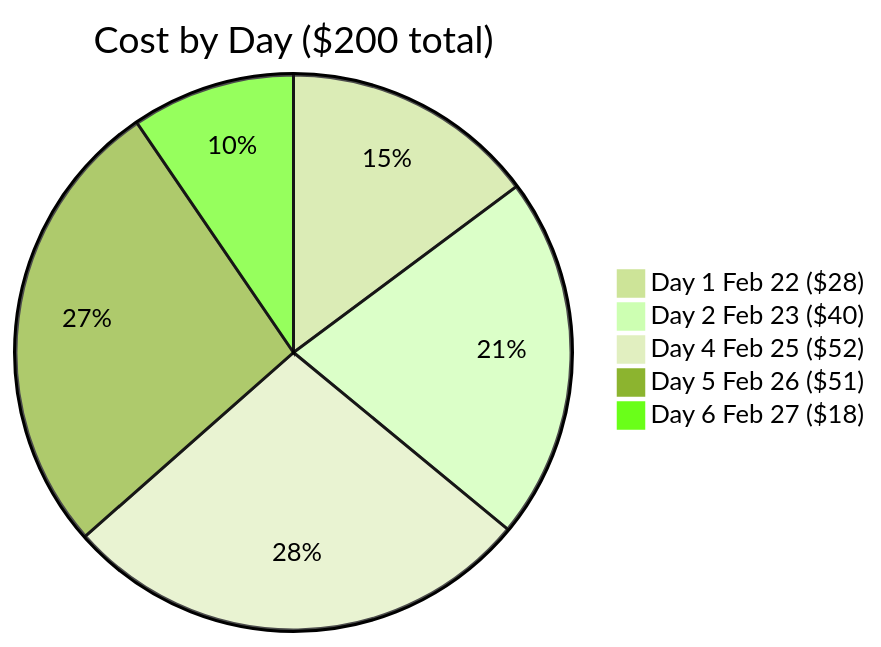
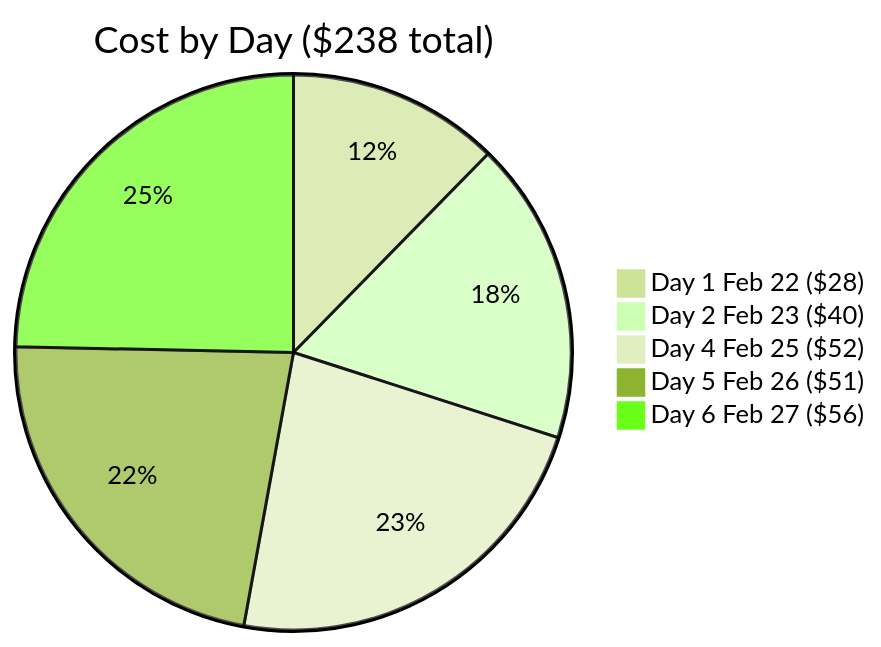
The fourth of 7 diagrams in README.md (atlantdak/claude-code-hackathon-xbo-market-kit), drawn with Mermaid (forest theme) before and after one commit. The commit also changed other lines of this file and 4 other files, not shown here.

````diff
--- a/README.md
+++ b/README.md
@@ -131,8 +135,8 @@
 ```mermaid
-pie title Cost by Day ($200 total)
+pie title Cost by Day ($238 total)
     "Day 1 Feb 22 ($28)" : 28
     "Day 2 Feb 23 ($40)" : 40
     "Day 4 Feb 25 ($52)" : 52
     "Day 5 Feb 26 ($51)" : 51
-    "Day 6 Feb 27 ($18)" : 18
+    "Day 6 Feb 27 ($56)" : 56
 ```
````
